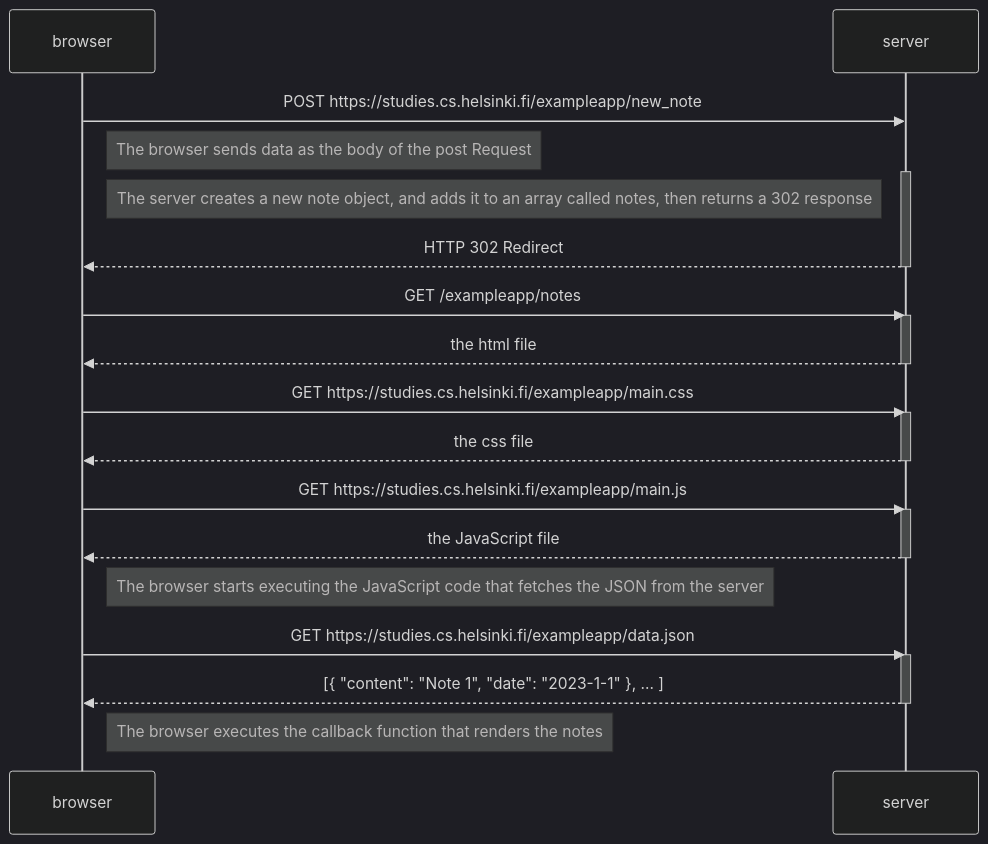
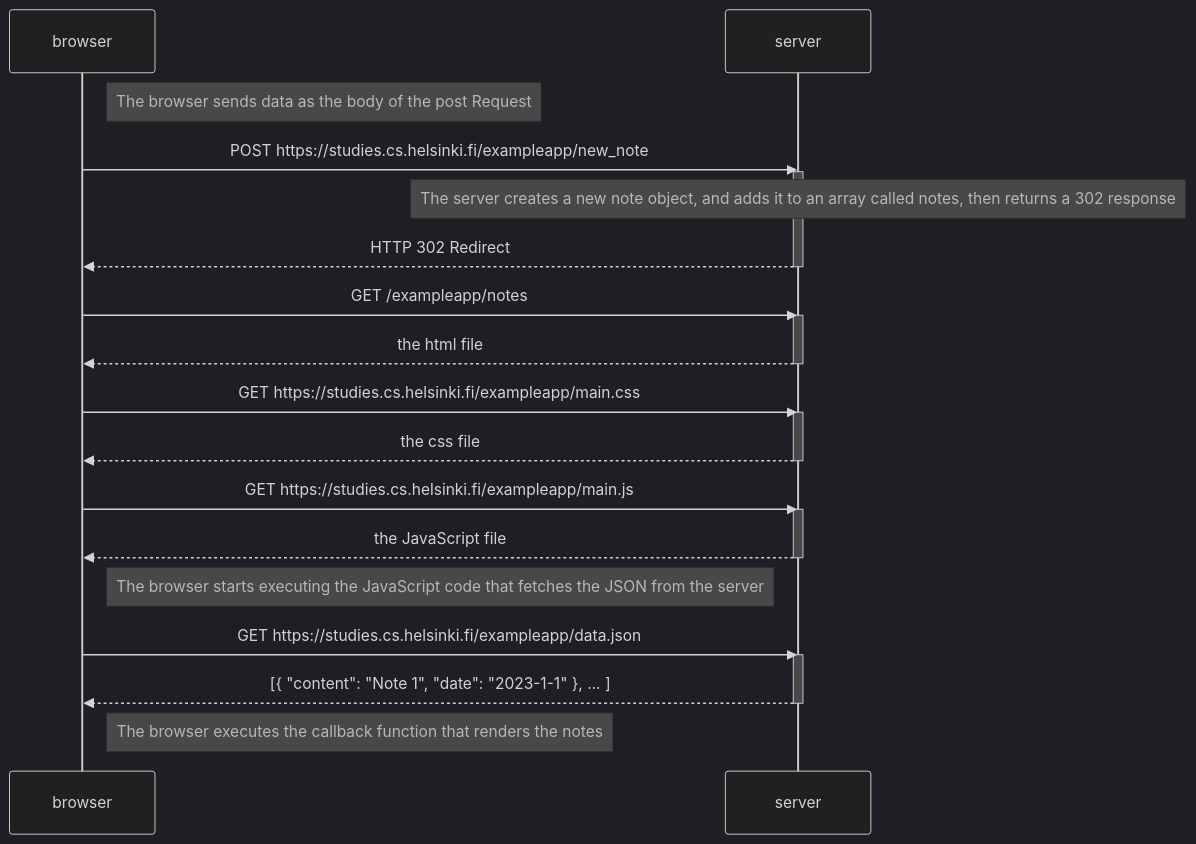
Before and after one commit to ReynaldoLuevano/fullstackdevcourse: the diagram in part0/0.4 New Note Diagram/newNoteDiagram.md, drawn with Mermaid (dark theme).

Commit message:
Fix notes position

````diff
--- a/part0/0.4 New Note Diagram/newNoteDiagram.md
+++ b/part0/0.4 New Note Diagram/newNoteDiagram.md
@@ -1,36 +1,36 @@
 ```mermaid
 sequenceDiagram
     participant browser
     participant server
 
-    browser->>server: POST https://studies.cs.helsinki.fi/exampleapp/new_note
         Note right of browser: The browser sends data as the body of the post Request
+    browser->>server: POST https://studies.cs.helsinki.fi/exampleapp/new_note      
     activate server
-        Note left of server: The server creates a new note object, and adds it to an array called notes, then returns a 302 response
+        Note over server: The server creates a new note object, and adds it to an array called notes, then returns a 302 response
     server-->>browser: HTTP 302 Redirect
     deactivate server
 
     browser->>server: GET /exampleapp/notes
     activate server
     server-->>browser: the html file
     deactivate server
     
     browser->>server: GET https://studies.cs.helsinki.fi/exampleapp/main.css
     activate server
     server-->>browser: the css file
     deactivate server
 
     browser->>server: GET https://studies.cs.helsinki.fi/exampleapp/main.js
     activate server
     server-->>browser: the JavaScript file
     deactivate server
 
     Note right of browser: The browser starts executing the JavaScript code that fetches the JSON from the server
 
     browser->>server: GET https://studies.cs.helsinki.fi/exampleapp/data.json
     activate server
     server-->>browser: [{ "content": "Note 1", "date": "2023-1-1" }, ... ]
     deactivate server
 
     Note right of browser: The browser executes the callback function that renders the notes
 ```
````
